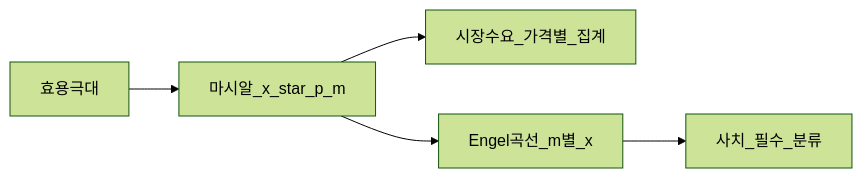
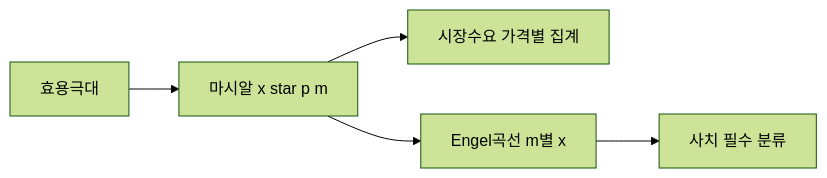
The fourth of 5 diagrams in 02-economics/micro-01-consumer-theory.md (goldanghenry/Finances), drawn with Mermaid (forest theme) before and after one commit. The commit also changed other lines of this file and 211 other files, not shown here.

````diff
--- a/02-economics/micro-01-consumer-theory.md
+++ b/02-economics/micro-01-consumer-theory.md
@@ -261,7 +279,7 @@
 ```mermaid
 flowchart LR
-  UM[효용극대] --> MD[마시알_x_star_p_m]
-  MD --> D[시장수요_가격별_집계]
-  MD --> ENG[Engel곡선_m별_x]
-  ENG --> LUX[사치_필수_분류]
+  UM[효용극대] --> MD["마시알 x star p m"]
+  MD --> D["시장수요 가격별 집계"]
+  MD --> ENG["Engel곡선 m별 x"]
+  ENG --> LUX["사치 필수 분류"]
 ```
````
